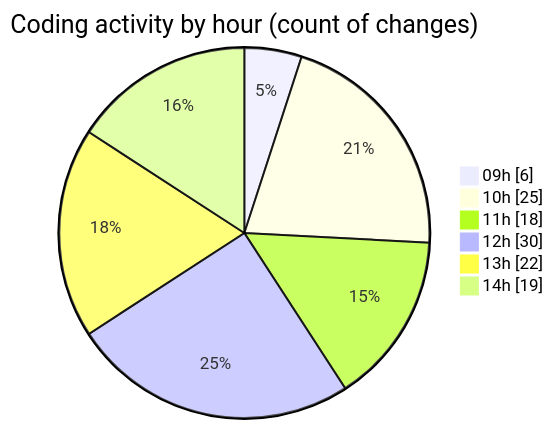
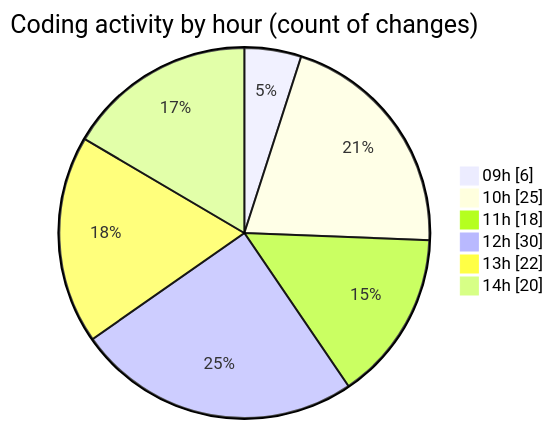
The second of 2 diagrams in 2026-10-30/cda/README.md (momahboobian/code-tracking), drawn with Mermaid before and after one commit. The commit also changed other lines of this file and 1 other file, not shown here.

````diff
--- a/2026-10-30/cda/README.md
+++ b/2026-10-30/cda/README.md
@@ -49,10 +49,10 @@
 ```mermaid
 pie showData
 title Coding activity by hour (count of changes)
 "09h" : 6
 "10h" : 25
 "11h" : 18
 "12h" : 30
 "13h" : 22
-"14h" : 19
+"14h" : 20
 ```
````
